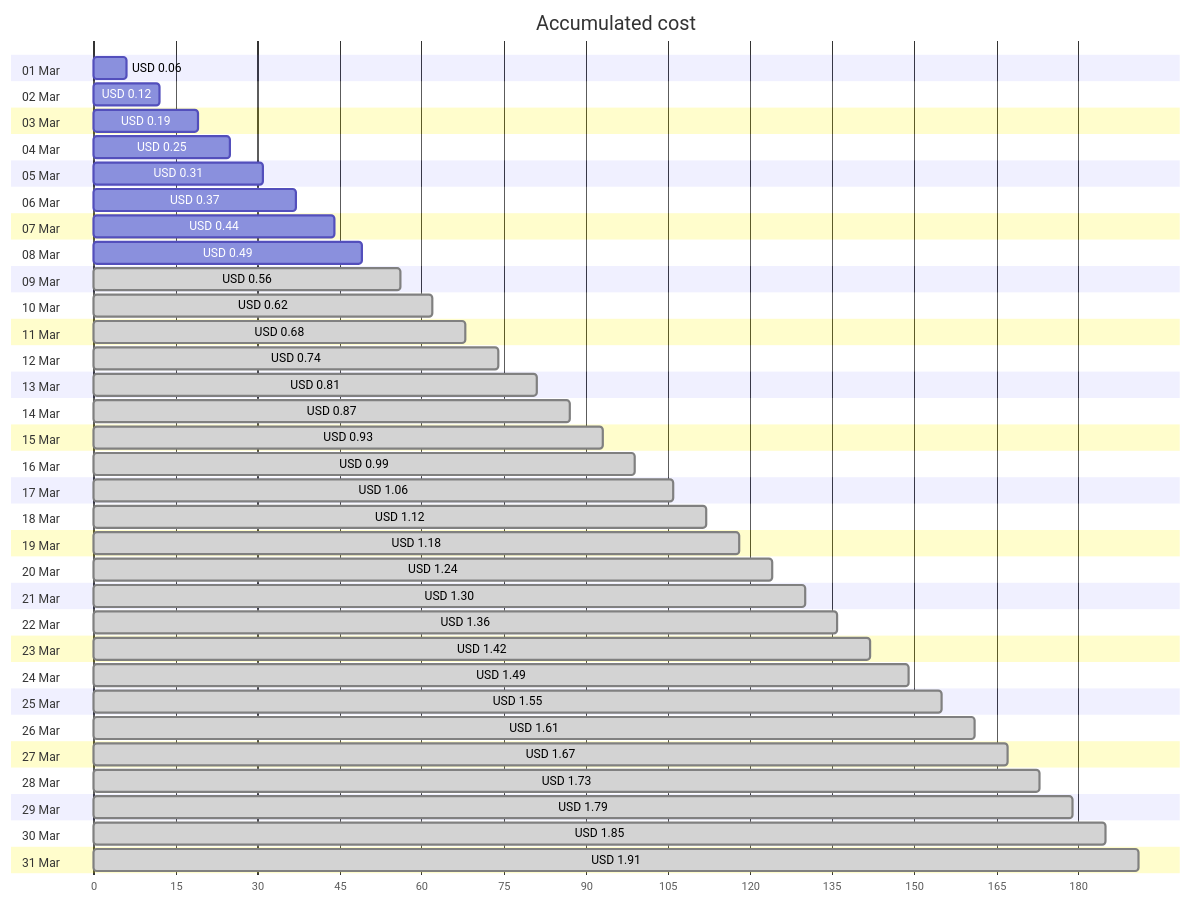
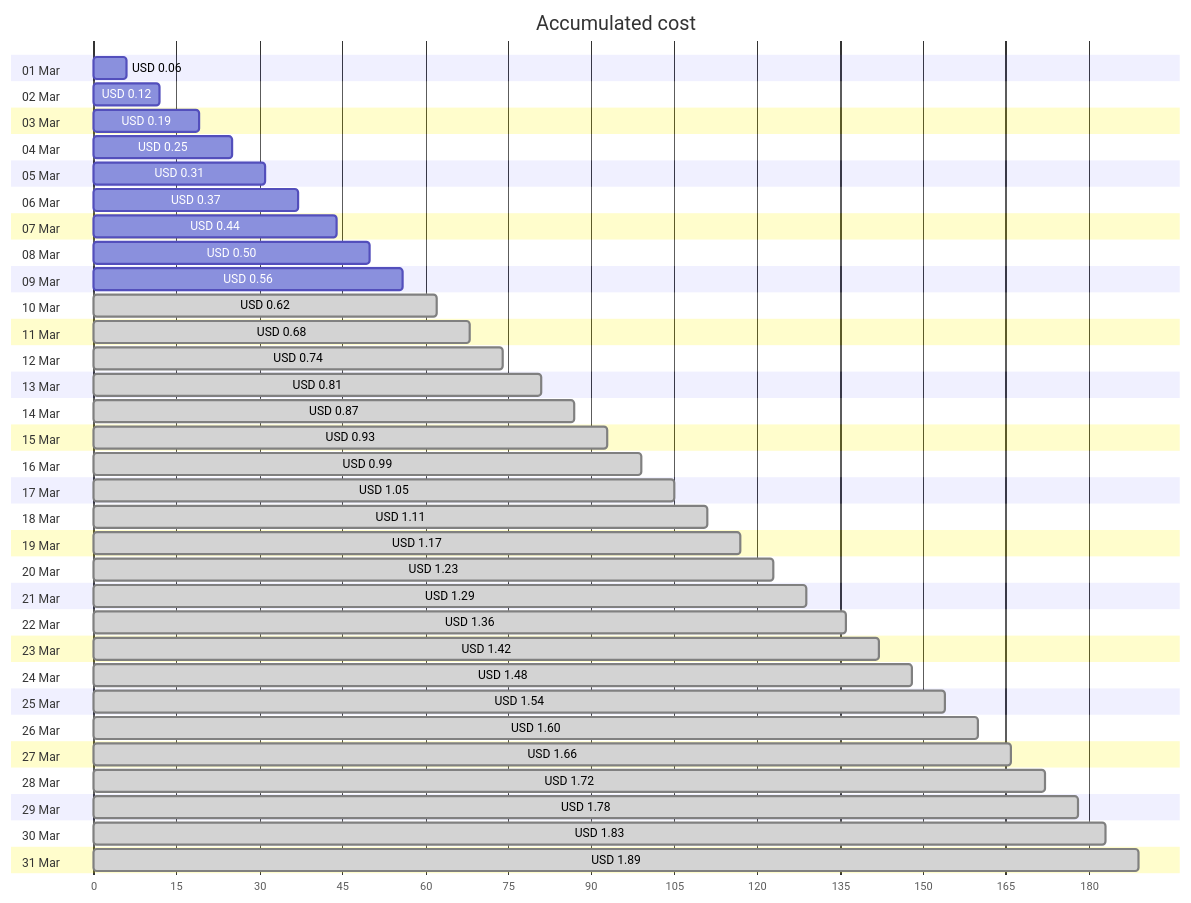
The first of 4 diagrams in cost-reports/personal-network/vpn-server_OsDisk.md (jpfulton/azure-personal-reports), drawn with Mermaid before and after one commit. The commit also changed other lines of this file and 8 other files, not shown here.

````diff
--- a/cost-reports/personal-network/vpn-server_OsDisk.md
+++ b/cost-reports/personal-network/vpn-server_OsDisk.md
@@ -20,68 +20,68 @@
 ```mermaid
 gantt
    title Accumulated cost
    dateFormat  X
    axisFormat %s
    section 01 Mar
    USD 0.06 :0, 6
    section 02 Mar
    USD 0.12 :0, 12
    section 03 Mar
    USD 0.19 :0, 19
    section 04 Mar
    USD 0.25 :0, 25
    section 05 Mar
    USD 0.31 :0, 31
    section 06 Mar
    USD 0.37 :0, 37
    section 07 Mar
    USD 0.44 :0, 44
    section 08 Mar
-   USD 0.49 :0, 49
+   USD 0.50 :0, 50
    section 09 Mar
-   USD 0.56 : done, 0, 56
+   USD 0.56 :0, 56
    section 10 Mar
    USD 0.62 : done, 0, 62
    section 11 Mar
    USD 0.68 : done, 0, 68
    section 12 Mar
    USD 0.74 : done, 0, 74
    section 13 Mar
    USD 0.81 : done, 0, 81
    section 14 Mar
    USD 0.87 : done, 0, 87
    section 15 Mar
    USD 0.93 : done, 0, 93
    section 16 Mar
    USD 0.99 : done, 0, 99
    section 17 Mar
-   USD 1.06 : done, 0, 106
+   USD 1.05 : done, 0, 105
    section 18 Mar
-   USD 1.12 : done, 0, 112
+   USD 1.11 : done, 0, 111
    section 19 Mar
-   USD 1.18 : done, 0, 118
+   USD 1.17 : done, 0, 117
    section 20 Mar
-   USD 1.24 : done, 0, 124
+   USD 1.23 : done, 0, 123
    section 21 Mar
-   USD 1.30 : done, 0, 130
+   USD 1.29 : done, 0, 129
    section 22 Mar
    USD 1.36 : done, 0, 136
    section 23 Mar
    USD 1.42 : done, 0, 142
    section 24 Mar
-   USD 1.49 : done, 0, 149
+   USD 1.48 : done, 0, 148
    section 25 Mar
-   USD 1.55 : done, 0, 155
+   USD 1.54 : done, 0, 154
    section 26 Mar
-   USD 1.61 : done, 0, 161
+   USD 1.60 : done, 0, 160
    section 27 Mar
-   USD 1.67 : done, 0, 167
+   USD 1.66 : done, 0, 166
    section 28 Mar
-   USD 1.73 : done, 0, 173
+   USD 1.72 : done, 0, 172
    section 29 Mar
-   USD 1.79 : done, 0, 179
+   USD 1.78 : done, 0, 178
    section 30 Mar
-   USD 1.85 : done, 0, 185
+   USD 1.83 : done, 0, 183
    section 31 Mar
-   USD 1.91 : done, 0, 191
+   USD 1.89 : done, 0, 189
 ```
````
